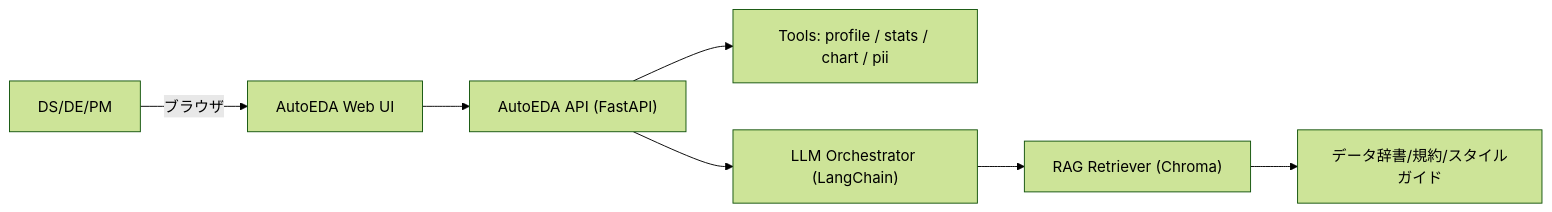
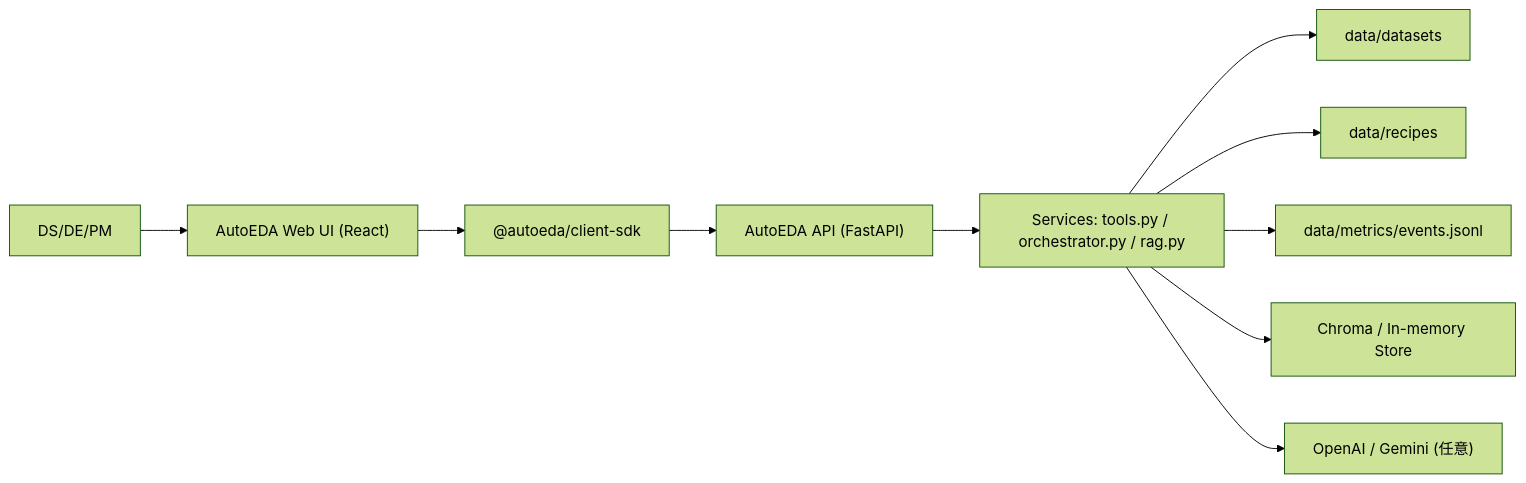
The first of 3 diagrams in docs/design.md (youkawa/AutoEDA), drawn with Mermaid (forest theme) before and after one commit. The commit also changed other lines of this file and 89 other files, not shown here.

````diff
--- a/docs/design.md
+++ b/docs/design.md
@@ -79,9 +51,12 @@
 ```mermaid
-flowchart LR
-  user["DS/DE/PM"] -->|ブラウザ| web["AutoEDA Web UI"]
-  web --> api["AutoEDA API (FastAPI)"]
-  api --> tools["Tools: profile / stats / chart / pii"]
-  api --> agent["LLM Orchestrator (LangChain)"]
-  agent --> rag["RAG Retriever (Chroma)"]
-  rag --> corpus["データ辞書/規約/スタイルガイド"]
+graph LR
+  user["DS/DE/PM"] --> web["AutoEDA Web UI (React)"]
+  web --> sdk["@autoeda/client-sdk"]
+  sdk --> api["AutoEDA API (FastAPI)"]
+  api --> tools["Services: tools.py / orchestrator.py / rag.py"]
+  tools --> datasets["data/datasets" ]
+  tools --> recipes["data/recipes"]
+  tools --> metrics["data/metrics/events.jsonl"]
+  tools --> ragstore["Chroma / In-memory Store"]
+  tools --> llm["OpenAI / Gemini (任意)"]
 ```
````
